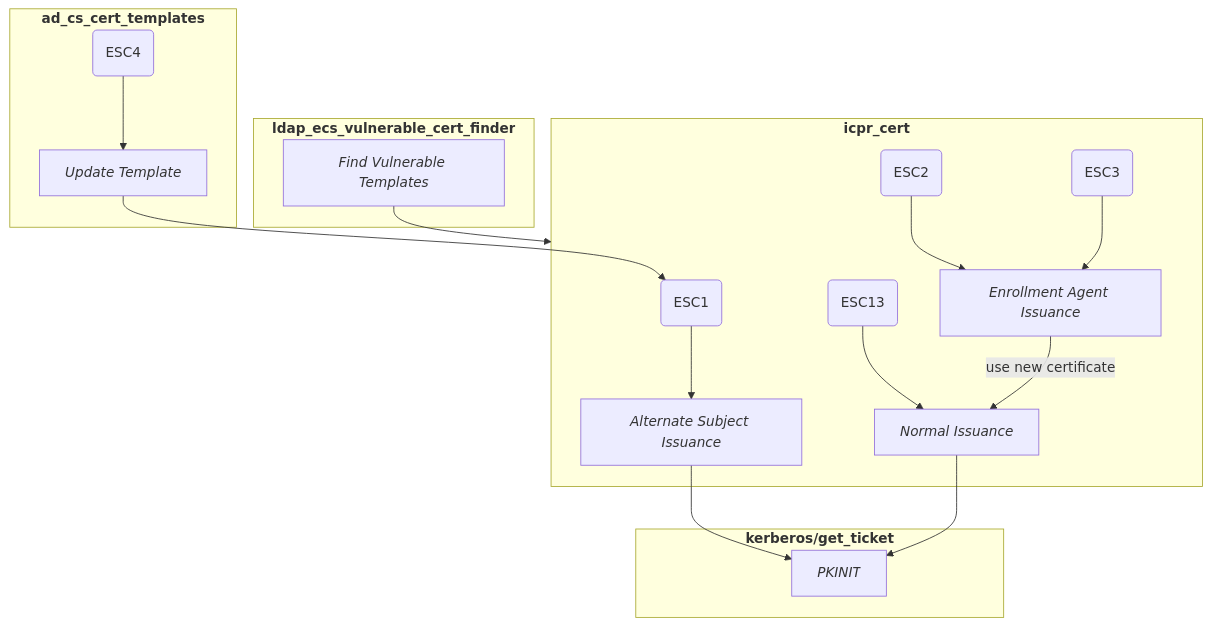
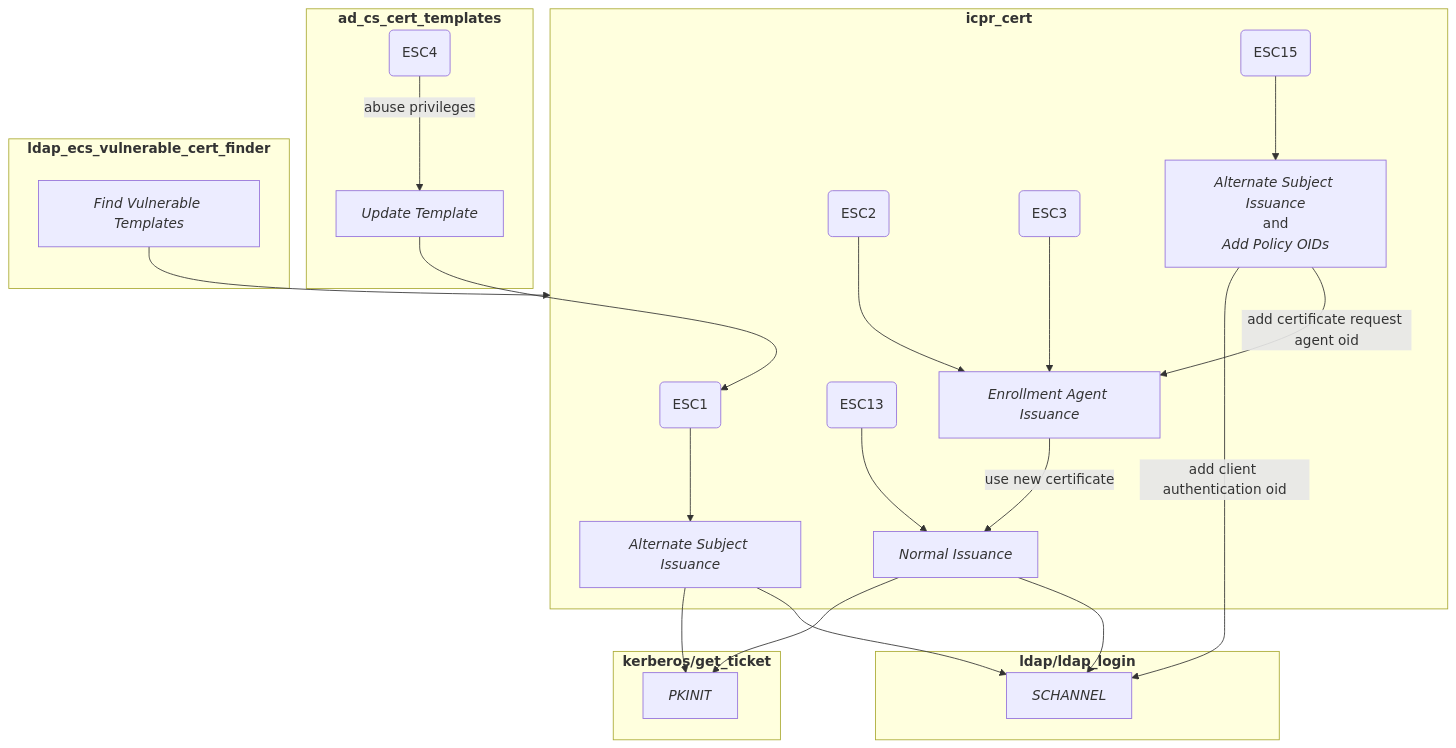
Before and after one commit to rapid7/metasploit-framework: the first of 2 diagrams in docs/metasploit-framework.wiki/ad-certificates/Attacking-AD-CS-ESC-Vulnerabilities.md, drawn with Mermaid. The commit also changed other lines of this file and 1 other file, not shown here.

````diff
--- a/docs/metasploit-framework.wiki/ad-certificates/Attacking-AD-CS-ESC-Vulnerabilities.md
+++ b/docs/metasploit-framework.wiki/ad-certificates/Attacking-AD-CS-ESC-Vulnerabilities.md
@@ -6,33 +6,43 @@
 ```mermaid
 flowchart TD
     subgraph ad_cs_cert_templates[<b>ad_cs_cert_templates</b>]
         ESC4(ESC4)
         update_template[<i>Update Template</i>]
-        ESC4 --> update_template
+        ESC4 -- abuse privileges --> update_template
     end
     subgraph icpr_cert[<b>icpr_cert</b>]
         ESC1(ESC1)
         ESC2(ESC2)
         ESC3(ESC3)
         ESC13(ESC13)
+        ESC15(ESC15)
         alt_subject[<i>Alternate Subject Issuance</i>]
+        add_policies[<i>Alternate Subject Issuance</i><br>and<br><i>Add Policy OIDs</i>]
         as_eagent[<i>Enrollment Agent Issuance</i>]
         normal[<i>Normal Issuance</i>]
 
         ESC1 --> alt_subject
         ESC2 --> as_eagent
         ESC3 --> as_eagent
         ESC13 --> normal
+        ESC15 --> add_policies
         as_eagent -- use new certificate --> normal
     end
     subgraph kerberos/get_ticket[<b>kerberos/get_ticket</b>]
         PKINIT[<i>PKINIT</i>]
     end
+    subgraph ldap/ldap_login[<b>ldap/ldap_login</b>]
+        SCHANNEL[<i>SCHANNEL</i>]
+    end
     subgraph ldap_esc_vulnerable_cert_finder[<b>ldap_ecs_vulnerable_cert_finder</b>]
         find_vulnerable_templates[<i>Find Vulnerable Templates</i>]
     end
+    add_policies -- add client authentication oid --> SCHANNEL
+    add_policies -- add certificate request agent oid --> as_eagent
     alt_subject --> PKINIT
+    alt_subject --> SCHANNEL
     find_vulnerable_templates --> icpr_cert
     normal --> PKINIT
+    normal --> SCHANNEL
     update_template --> ESC1
 ```
````
